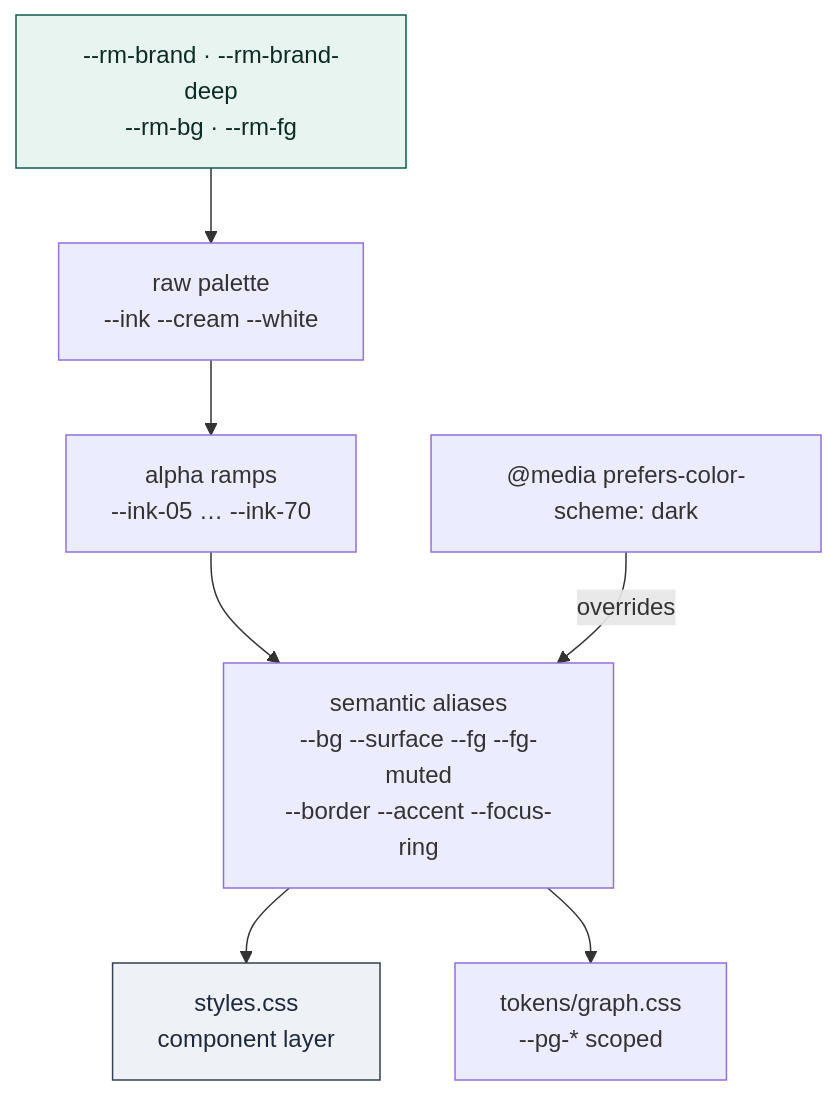
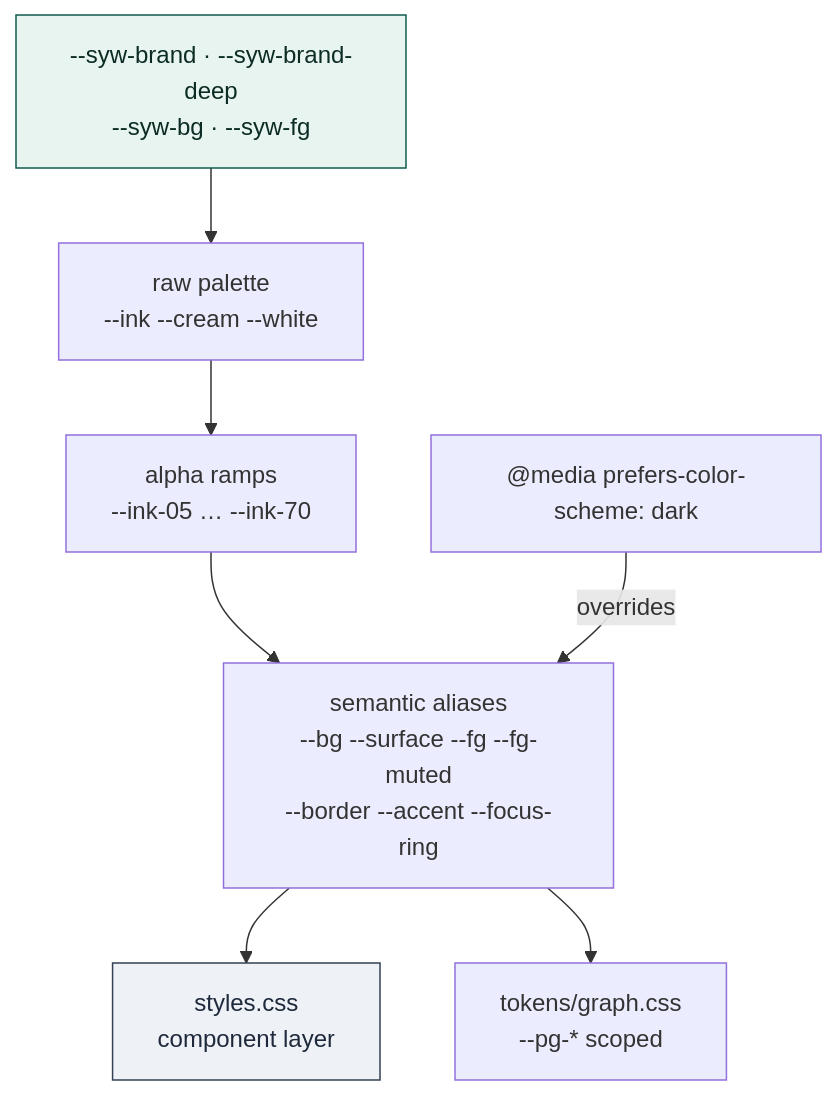
One commit to rolefinder/show-your-work changed diagram 13 of 14 in ARCHITECTURE.md. Above: the diagram before and after it, drawn with Mermaid. The commit also changed other lines of this file and 77 other files, not shown here.

````diff
--- a/ARCHITECTURE.md
+++ b/ARCHITECTURE.md
@@ -646,12 +645,12 @@
 ```mermaid
 flowchart TD
-    RM["--rm-brand · --rm-brand-deep<br/>--rm-bg · --rm-fg"] --> RAW["raw palette<br/>--ink --cream --white"]
+    RM["--syw-brand · --syw-brand-deep<br/>--syw-bg · --syw-fg"] --> RAW["raw palette<br/>--ink --cream --white"]
     RAW --> RAMP["alpha ramps<br/>--ink-05 … --ink-70"]
     RAMP --> SEM["semantic aliases<br/>--bg --surface --fg --fg-muted<br/>--border --accent --focus-ring"]
     DARK["@media prefers-color-scheme: dark"] -->|overrides| SEM
     SEM --> COMP["styles.css<br/>component layer"]
     SEM --> GRAPH["tokens/graph.css<br/>--pg-* scoped"]
 
     style RM fill:#e8f4ef,stroke:#0f5c4c,color:#0b2b24
     style COMP fill:#eef2f7,stroke:#334155,color:#1e293b
 ```
````
